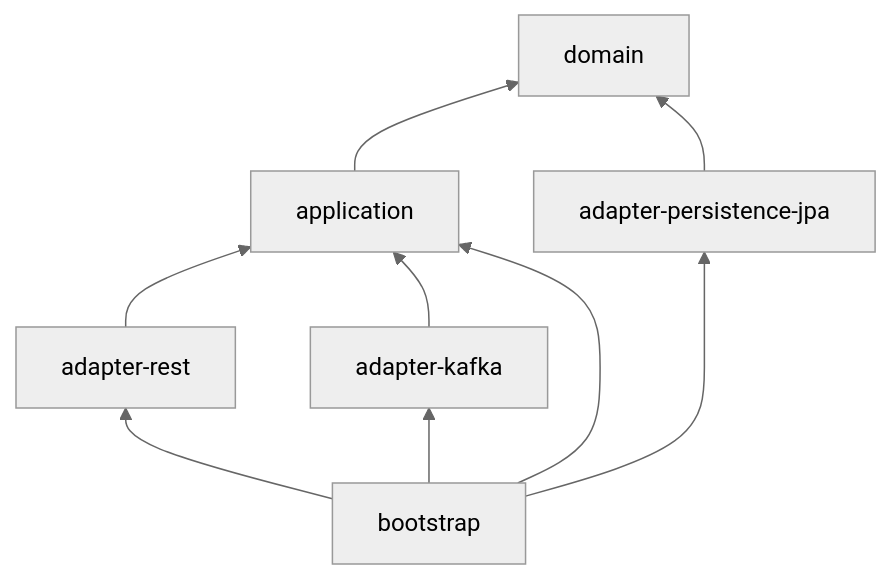
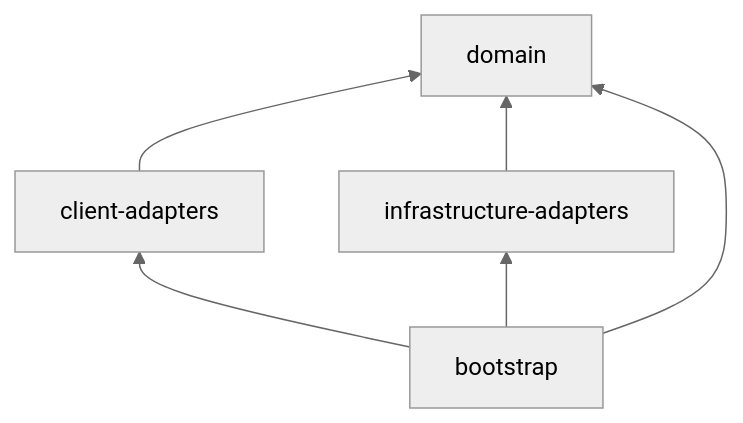
Before and after one commit to kevin-llps/payments-hexagonal-architecture-migration-challenge: the second of 5 diagrams in realistic-mess-based-on-jpa-entities-challenge/docs/migration-2026-11-12/technical-layer-design.md, drawn with Mermaid (neutral theme). The commit also changed other lines of this file and 56 other files, not shown here.

Commit message:
refactor(jpa): split module into domain, client-adapters, infrastructure-adapters and bootstrap Maven modules (IT-00)

````diff
--- a/realistic-mess-based-on-jpa-entities-challenge/docs/migration-2026-11-12/technical-layer-design.md
+++ b/realistic-mess-based-on-jpa-entities-challenge/docs/migration-2026-11-12/technical-layer-design.md
@@ -152,11 +154,8 @@
 ```mermaid
 flowchart BT
-    APPL[application] --> DOM[domain]
-    REST[adapter-rest] --> APPL
-    KAF[adapter-kafka] --> APPL
-    JPA[adapter-persistence-jpa] --> DOM
-    BOOT[bootstrap] --> REST
-    BOOT --> KAF
-    BOOT --> JPA
-    BOOT --> APPL
+    CLI[client-adapters] --> DOM[domain]
+    INF[infrastructure-adapters] --> DOM
+    BOOT[bootstrap] --> CLI
+    BOOT --> INF
+    BOOT --> DOM
 ```
````
